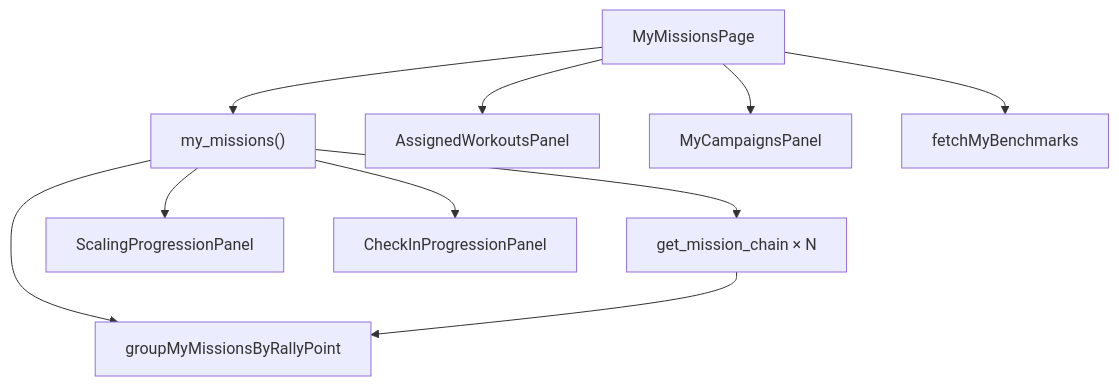
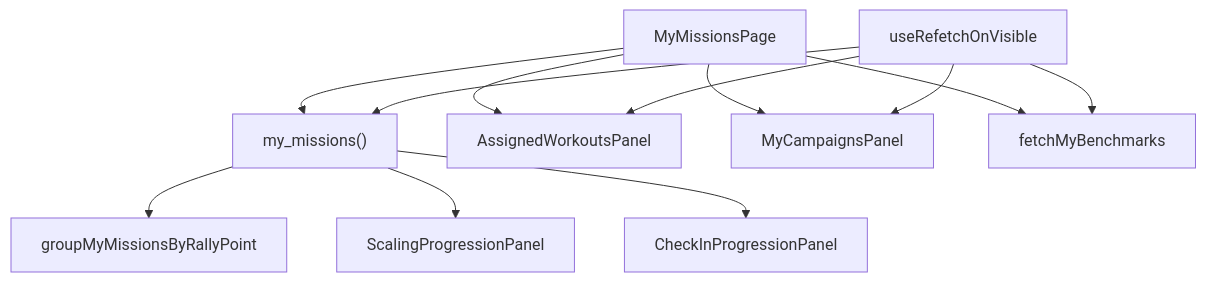
The diagram in docs/readme/my-missions/architecture-assessment.md (jlfassio-vibecoder/amrap-with-friends), drawn with Mermaid before and after one commit. The commit also changed other lines of this file and 6 other files, not shown here.

First line of the commit message:
Refetch My missions lists when the tab becomes visible again.

````diff
--- a/docs/readme/my-missions/architecture-assessment.md
+++ b/docs/readme/my-missions/architecture-assessment.md
@@ -158,22 +157,24 @@
 ```mermaid
 flowchart TB
   page["MyMissionsPage"]
   rpc["my_missions()"]
-  chains["get_mission_chain × N"]
   group["groupMyMissionsByRallyPoint"]
   assigned["AssignedWorkoutsPanel"]
   campaigns["MyCampaignsPanel"]
   benches["fetchMyBenchmarks"]
   scale["ScalingProgressionPanel"]
   checkin["CheckInProgressionPanel"]
+  visible["useRefetchOnVisible"]
 
   page --> rpc
   rpc --> group
-  rpc --> chains
-  chains --> group
   page --> assigned
   page --> campaigns
   page --> benches
   rpc --> scale
   rpc --> checkin
+  visible --> rpc
+  visible --> assigned
+  visible --> campaigns
+  visible --> benches
 ```
````
